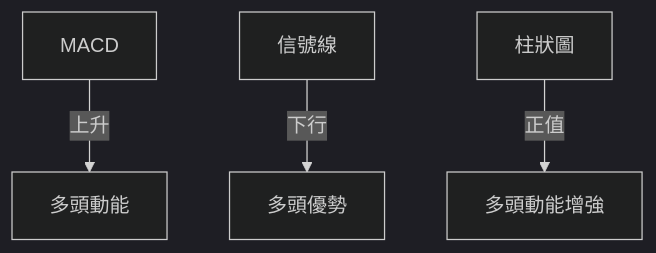
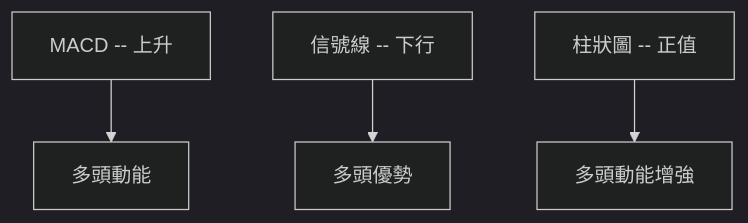
The seventh of 10 diagrams in ai_gen_report/stock/goog/technical_analysis_2026-04-09_openai.md (yennanliu/finance_data), drawn with Mermaid (dark theme) before and after one commit. The commit also changed other lines of this file and 2258 other files, not shown here.

First line of the commit message:
chore: backfill Mermaid syntax repair across existing reports

````diff
--- a/ai_gen_report/stock/goog/technical_analysis_2026-04-09_openai.md
+++ b/ai_gen_report/stock/goog/technical_analysis_2026-04-09_openai.md
@@ -251,6 +251,6 @@
 ```mermaid
 graph TD
-    MACD -- 上升 --> 多頭動能
-    信號線 -- 下行 --> 多頭優勢
-    柱狀圖 -- 正值 --> 多頭動能增強
+    nb1["MACD -- 上升"] --> 多頭動能
+    nb2["信號線 -- 下行"] --> 多頭優勢
+    nb3["柱狀圖 -- 正值"] --> 多頭動能增強
 ```
````
